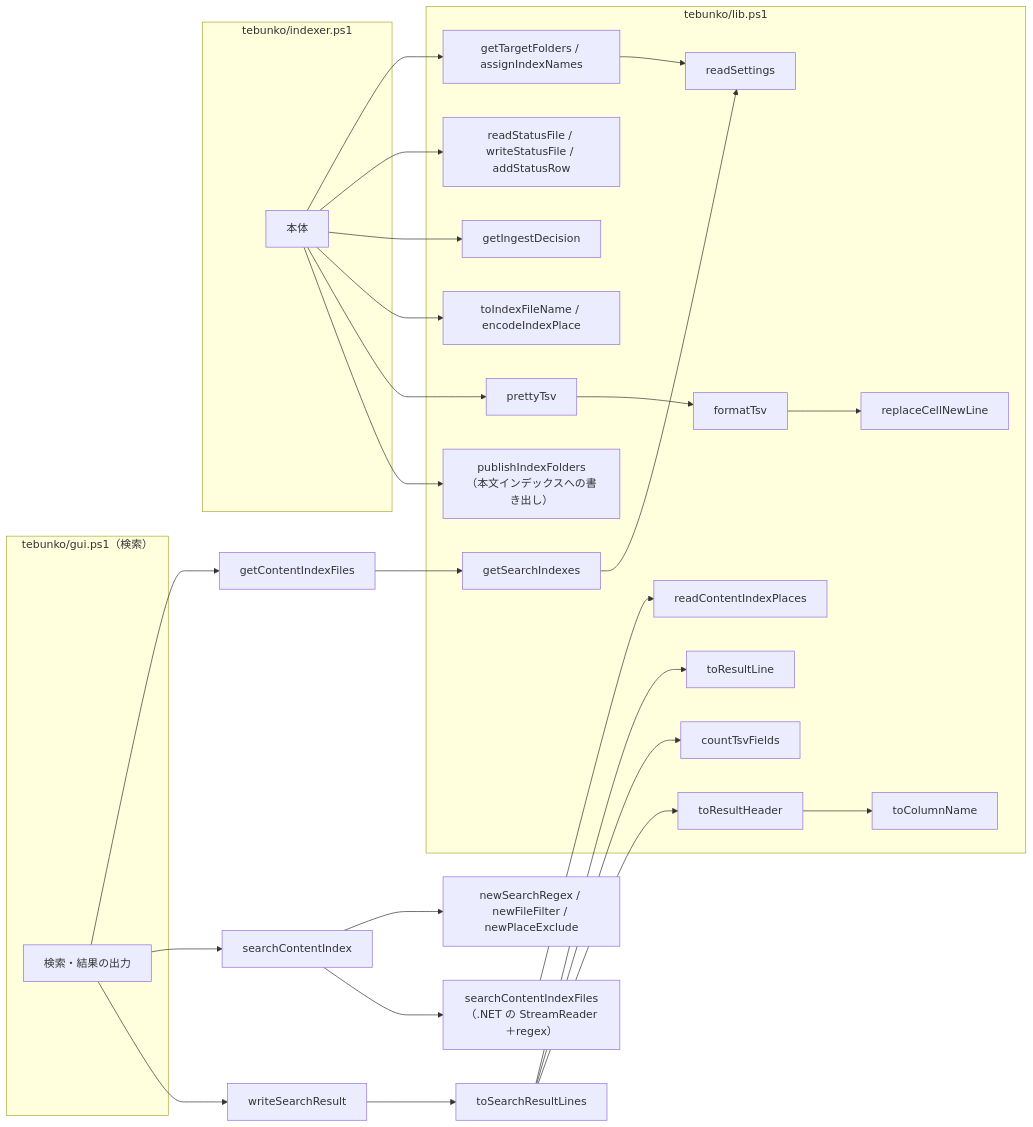
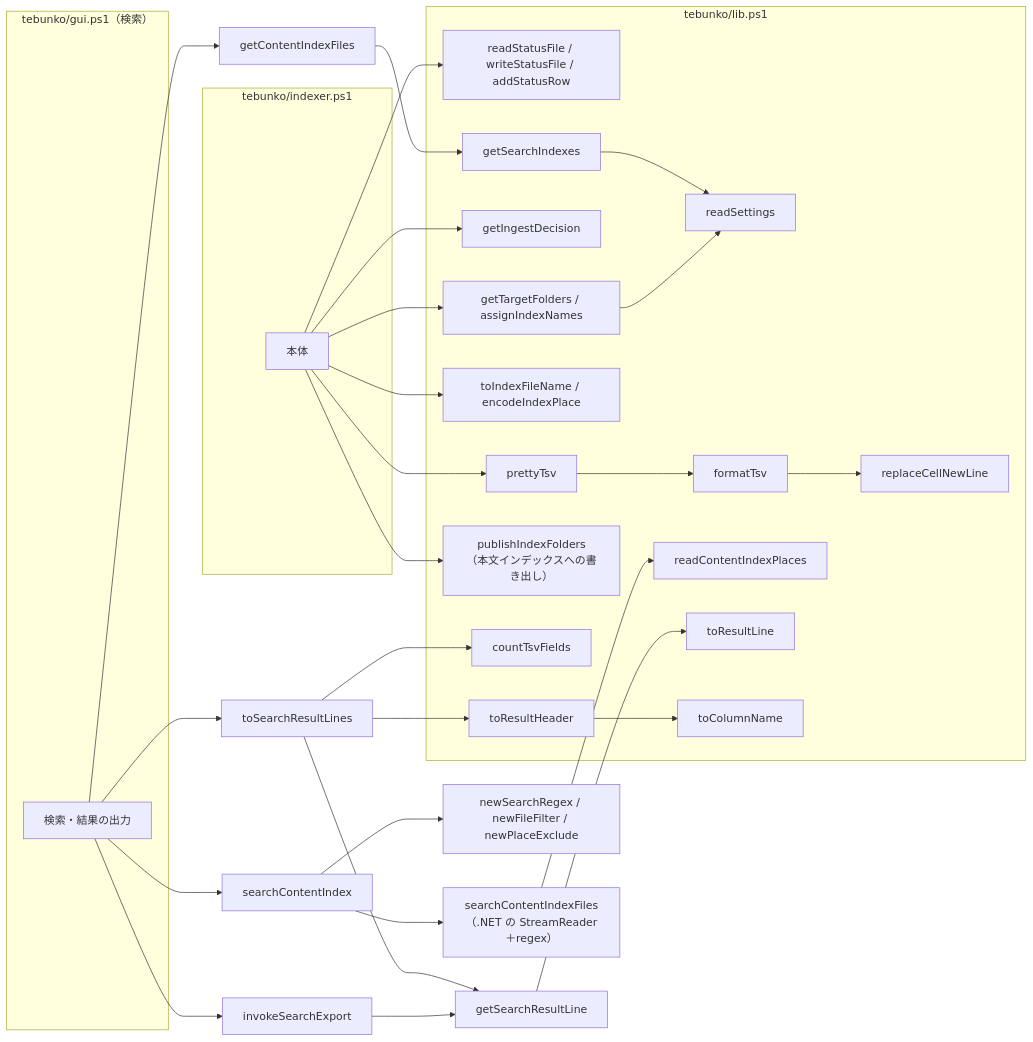
The second of 3 diagrams in docs/design/reference/index.md (hsgwa/tebunko), drawn with Mermaid before and after one commit. The commit also changed other lines of this file and 15 other files, not shown here.

````diff
--- a/docs/design/reference/index.md
+++ b/docs/design/reference/index.md
@@ -56,41 +56,42 @@
 ```mermaid
 flowchart LR
     subgraph OTS["tebunko/indexer.ps1"]
         OT["本体"]
     end
     subgraph GRS["tebunko/gui.ps1（検索）"]
         GR["検索・結果の出力"]
     end
     subgraph CMS["tebunko/lib.ps1"]
         RCL["readSettings"]
         RSF["readStatusFile / writeStatusFile / addStatusRow"]
         GTF["getTargetFolders / assignIndexNames"]
         GID["getIngestDecision"]
         GIF["getSearchIndexes"]
         TSF["toIndexFileName / encodeIndexPlace"]
         RNL["replaceCellNewLine"]
         FT["formatTsv"]
         PT["prettyTsv"]
         PUB["publishIndexFolders<br>（本文インデックスへの書き出し）"]
         RPP["readContentIndexPlaces"]
         TRL["toResultLine"]
         CTF["countTsvFields"]
         TRH["toResultHeader"]
         TCN["toColumnName"]
     end
 
     OT --> GTF --> RCL
     OT --> RSF
     OT --> GID
     OT --> TSF
     OT --> PT --> FT --> RNL
     OT --> PUB
     GR --> ITF["getContentIndexFiles"] --> GIF --> RCL
     GR --> SI["searchContentIndex"]
     SI --> NSR["newSearchRegex / newFileFilter / newPlaceExclude"]
     SI --> STF["searchContentIndexFiles<br>（.NET の StreamReader＋regex）"] --> RPP
-    GR --> WSR["writeSearchResult"] --> TSR["toSearchResultLines"]
-    TSR --> TRL
+    GR --> WSR["invokeSearchExport"] --> GSL["getSearchResultLine"]
+    GR --> TSR["toSearchResultLines"] --> GSL
+    GSL --> TRL
     TSR --> CTF
     TSR --> TRH --> TCN
 ```
````
